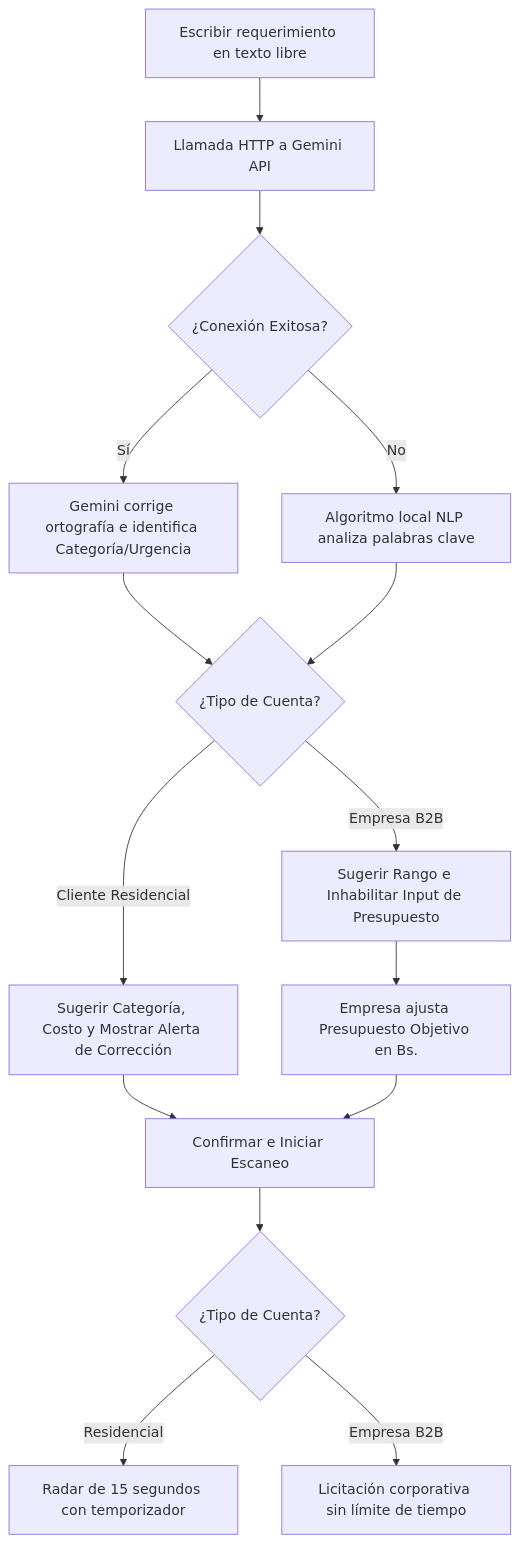
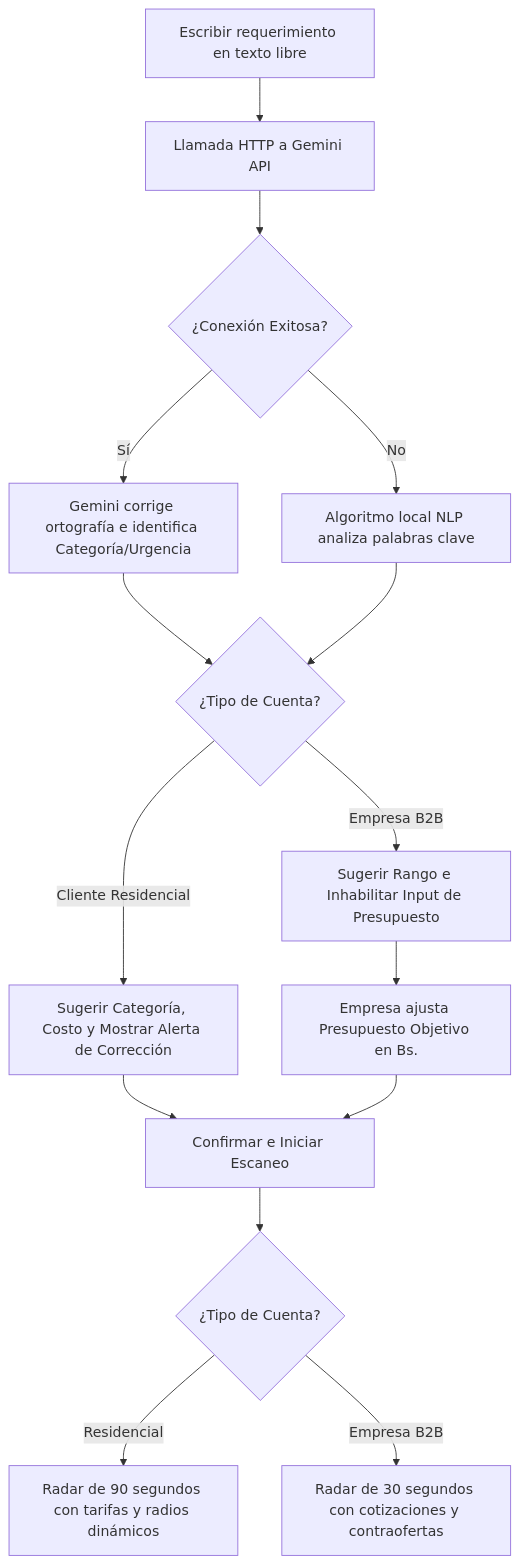
The fourth of 5 diagrams in FICHA_TECNICA.md (Todo-Yaa/TodoYa), drawn with Mermaid before and after one commit. The commit also changed other lines of this file and 5 other files, not shown here.

Commit message:
docs/feat: actualizar documentacion con nuevas implementaciones de radar dinamico, comisiones, kyc y login

````diff
--- a/FICHA_TECNICA.md
+++ b/FICHA_TECNICA.md
@@ -328,19 +329,19 @@
 ```mermaid
 graph TD
     A[Escribir requerimiento en texto libre] --> B[Llamada HTTP a Gemini API]
     B --> C{¿Conexión Exitosa?}
     C -->|Sí| D[Gemini corrige ortografía e identifica Categoría/Urgencia]
     C -->|No| E[Algoritmo local NLP analiza palabras clave]
     
     D & E --> F{¿Tipo de Cuenta?}
     
     F -->|Cliente Residencial| G[Sugerir Categoría, Costo y Mostrar Alerta de Corrección]
     F -->|Empresa B2B| H[Sugerir Rango e Inhabilitar Input de Presupuesto]
     
     H --> I[Empresa ajusta Presupuesto Objetivo en Bs.]
     G & I --> J[Confirmar e Iniciar Escaneo]
     
     J --> K{¿Tipo de Cuenta?}
-    K -->|Residencial| L[Radar de 15 segundos con temporizador]
-    K -->|Empresa B2B| M[Licitación corporativa sin límite de tiempo]
+    K -->|Residencial| L[Radar de 90 segundos con tarifas y radios dinámicos]
+    K -->|Empresa B2B| M[Radar de 30 segundos con cotizaciones y contraofertas]
 ```
````
